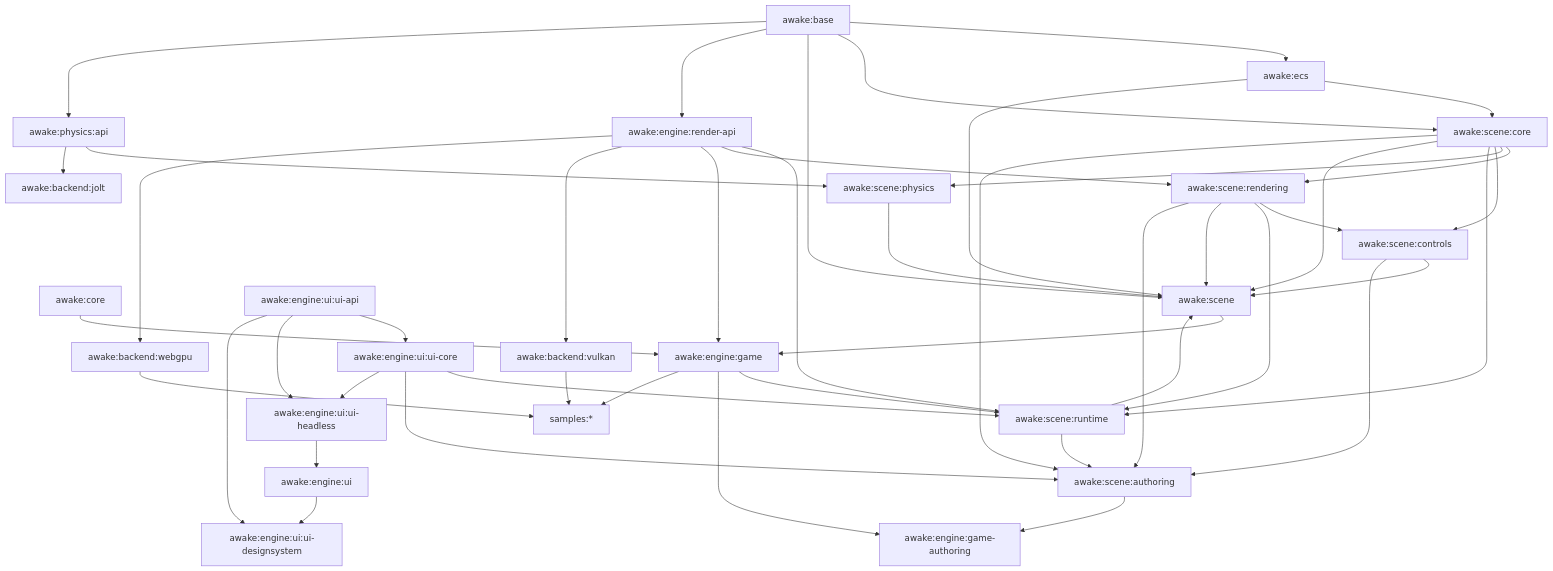
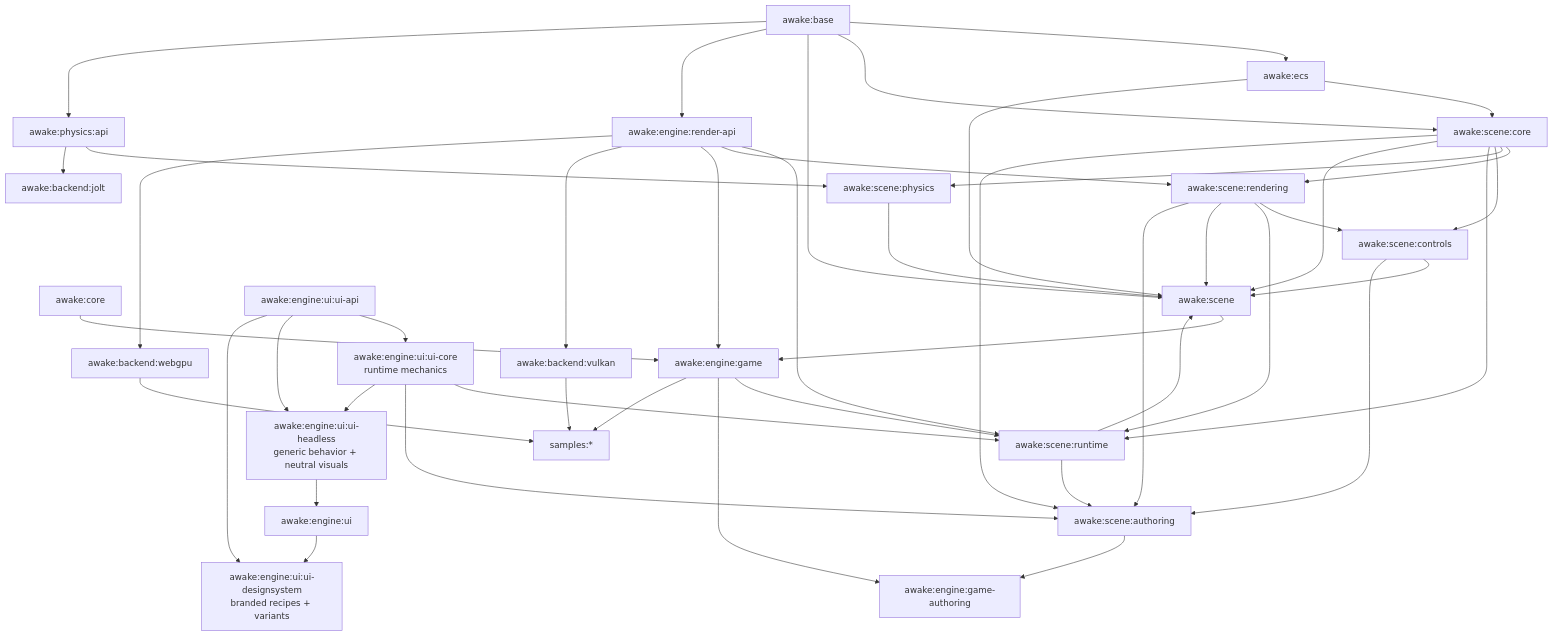
Before and after one commit to awake-lab/awake: the diagram in docs/architecture.md, drawn with Mermaid. The commit also changed other lines of this file and 3 other files, not shown here.

````diff
--- a/docs/architecture.md
+++ b/docs/architecture.md
@@ -18,72 +18,72 @@
 ```mermaid
 flowchart TD
     base["awake:base"]
     core["awake:core"]
     ecs["awake:ecs"]
     scene["awake:scene"]
     sceneCore["awake:scene:core"]
     sceneControls["awake:scene:controls"]
     scenePhysics["awake:scene:physics"]
     sceneRendering["awake:scene:rendering"]
     sceneRuntime["awake:scene:runtime"]
     sceneDsl["awake:scene:authoring"]
     render["awake:engine:render-api"]
     game["awake:engine:game"]
     gameDsl["awake:engine:game-authoring"]
     physicsApi["awake:physics:api"]
     jolt["awake:backend:jolt"]
     uiApi["awake:engine:ui:ui-api"]
-    uiCore["awake:engine:ui:ui-core"]
-    uiWidgets["awake:engine:ui:ui-headless"]
+    uiCore["awake:engine:ui:ui-core<br/>runtime mechanics"]
+    uiWidgets["awake:engine:ui:ui-headless<br/>generic behavior + neutral visuals"]
     ui["awake:engine:ui"]
-    uiDs["awake:engine:ui:ui-designsystem"]
+    uiDs["awake:engine:ui:ui-designsystem<br/>branded recipes + variants"]
     vulkan["awake:backend:vulkan"]
     webgpu["awake:backend:webgpu"]
     samples["samples:*"]
 
     core --> game
     base --> ecs
     base --> sceneCore
     base --> scene
     base --> render
     base --> physicsApi
     ecs --> sceneCore
     ecs --> scene
     sceneCore --> sceneRendering
     sceneCore --> scenePhysics
     sceneCore --> sceneControls
     sceneRendering --> sceneControls
     sceneCore --> sceneRuntime
     sceneRendering --> sceneRuntime
     render --> sceneRuntime
     game --> sceneRuntime
     uiApi --> uiCore
     uiCore --> sceneRuntime
     render --> sceneRendering
     physicsApi --> scenePhysics
     sceneCore --> scene
     scenePhysics --> scene
     sceneRendering --> scene
     sceneControls --> scene
     sceneRuntime --> scene
     sceneCore --> sceneDsl
     sceneRendering --> sceneDsl
     sceneControls --> sceneDsl
     sceneRuntime --> sceneDsl
     uiCore --> sceneDsl
     render --> game
     scene --> game
     game --> gameDsl
     sceneDsl --> gameDsl
     physicsApi --> jolt
     uiApi --> uiWidgets
     uiCore --> uiWidgets
     uiWidgets --> ui
     uiApi --> uiDs
     ui --> uiDs
     game --> samples
     render --> vulkan
     render --> webgpu
     vulkan --> samples
     webgpu --> samples
 ```
````
